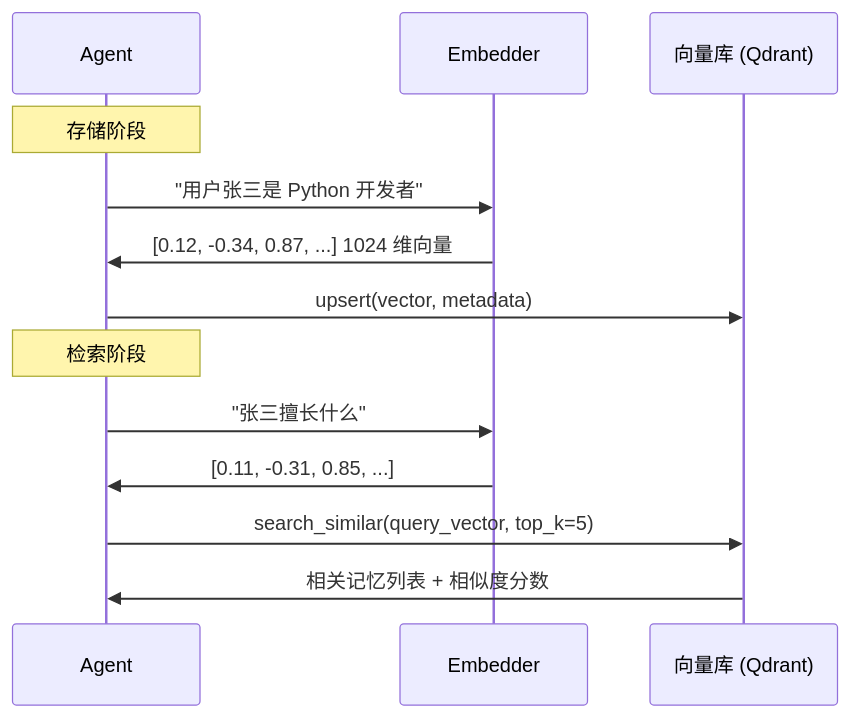
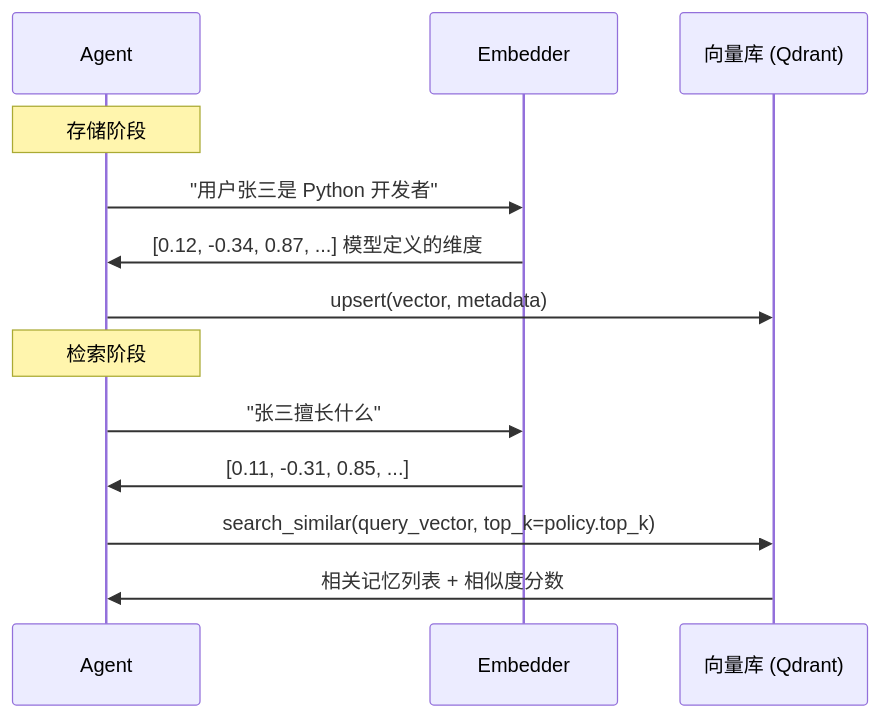
The second of 3 diagrams in knowledge/llm/agent/agent-memory.md (AmbitionC/front-end-journey-resource), drawn with Mermaid before and after one commit. The commit also changed other lines of this file and 10 other files, not shown here.

````diff
--- a/knowledge/llm/agent/agent-memory.md
+++ b/knowledge/llm/agent/agent-memory.md
@@ -156,17 +159,17 @@
 ```mermaid
 sequenceDiagram
     participant A as Agent
     participant E as Embedder
     participant V as 向量库 (Qdrant)
 
     Note over A: 存储阶段
     A->>E: "用户张三是 Python 开发者"
-    E->>A: [0.12, -0.34, 0.87, ...]  1024 维向量
+    E->>A: [0.12, -0.34, 0.87, ...]  模型定义的维度
     A->>V: upsert(vector, metadata)
 
     Note over A: 检索阶段
     A->>E: "张三擅长什么"
     E->>A: [0.11, -0.31, 0.85, ...]
-    A->>V: search_similar(query_vector, top_k=5)
+    A->>V: search_similar(query_vector, top_k=policy.top_k)
     V->>A: 相关记忆列表 + 相似度分数
 ```
````
